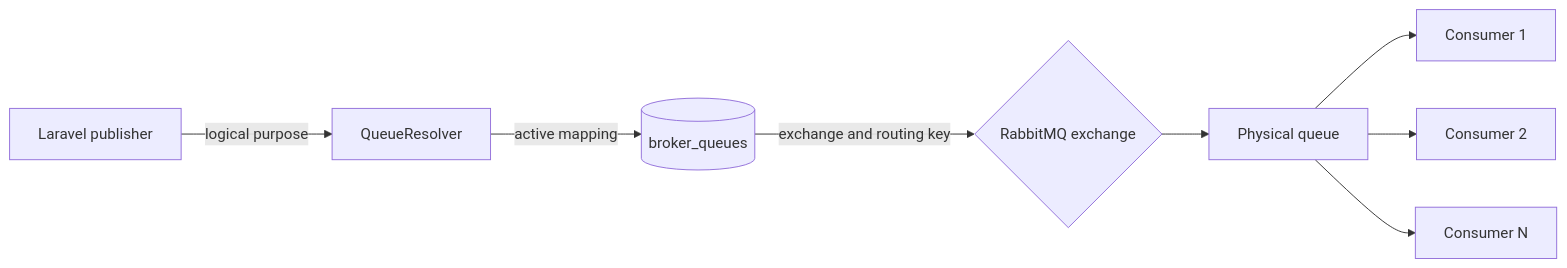
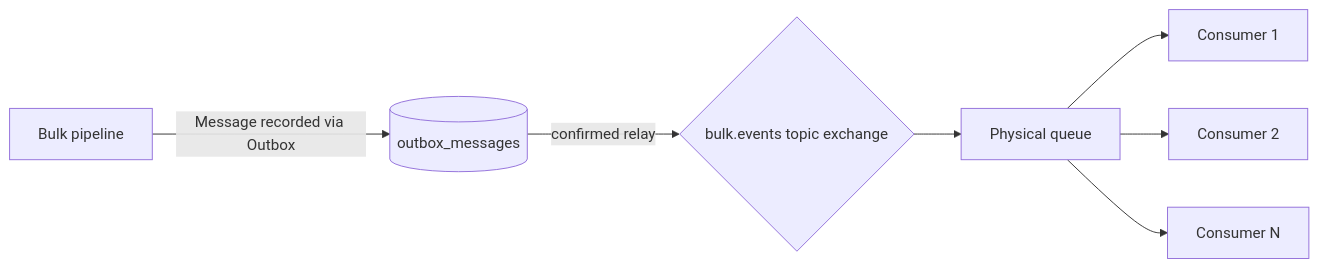
Before and after one commit to engyahmed7/bulk-consent-processing: the third of 4 diagrams in README.md, drawn with Mermaid. The commit also changed other lines of this file and 169 other files, not shown here.

First line of the commit message:
feat(rabbitmq): integrate module with bulk processing pipeline

````diff
--- a/README.md
+++ b/README.md
@@ -67,10 +73,9 @@
 ```mermaid
 flowchart LR
-    Producer[Laravel publisher] -->|logical purpose| Resolver[QueueResolver]
-    Resolver -->|active mapping| Mapping[(broker_queues)]
-    Mapping -->|exchange and routing key| Exchange{RabbitMQ exchange}
+    Producer[Bulk pipeline] -->|Message recorded via Outbox| DB[(outbox_messages)]
+    DB -->|confirmed relay| Exchange{bulk.events topic exchange}
     Exchange --> Queue[Physical queue]
     Queue --> C1[Consumer 1]
     Queue --> C2[Consumer 2]
     Queue --> CN[Consumer N]
 ```
````
